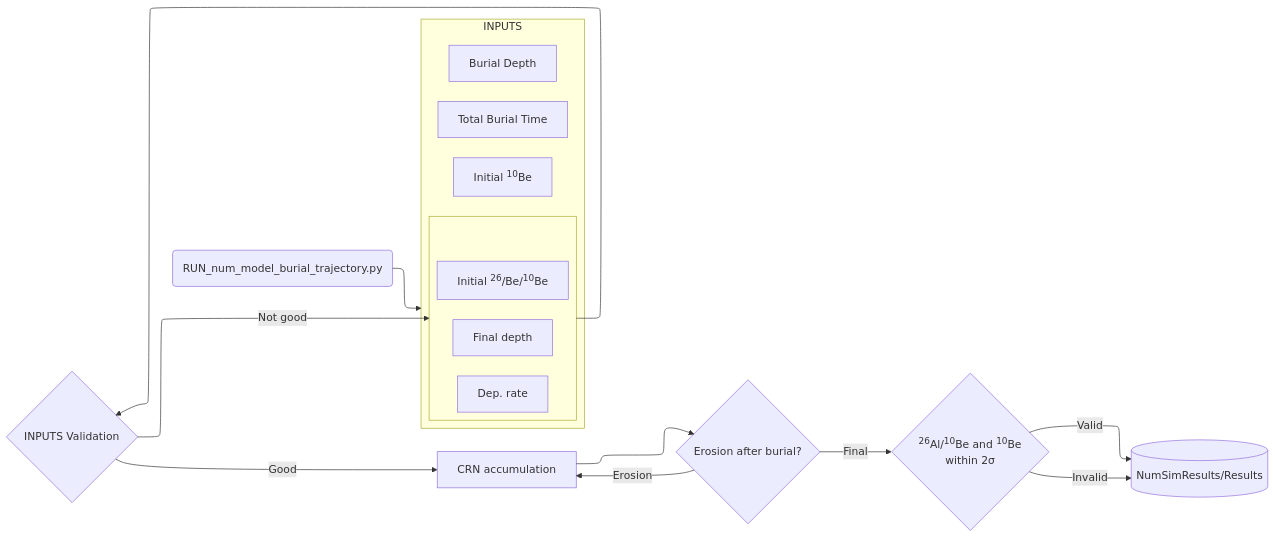
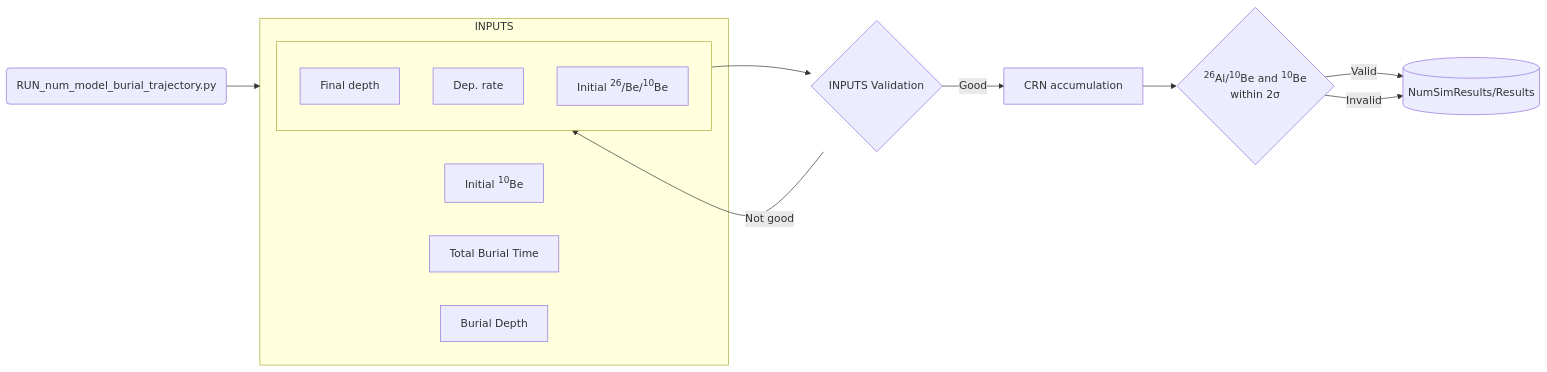
One commit to thepedroland/Numerical_Burial_Age_Model_PO_26 changed the diagram in README.md. Above: the diagram before and after it, drawn with Mermaid. The commit also changed 1 other file, not shown here.

````diff
--- a/README.md
+++ b/README.md
@@ -22,40 +22,31 @@
 ```mermaid
----
-config:
-  layout: elk
----
 flowchart LR
     RUN(RUN_num_model_burial_trajectory.py) --> INPUTS
     subgraph INPUTS [INPUTS]
         A[Initial <sup>10</sup>Be]
         TB[Total Burial Time]
         BD[Burial Depth]
 
         subgraph PARAMS [ ]
             FD[Final depth]
             DR[Dep. rate]
             R[Initial <sup>26</sup>/Be/<sup>10</sup>Be]
 
         end
     end
 
     PARAMS --> V{INPUTS Validation}
 
     V -->|Good| B
     V -->|Not good| PARAMS
 
-    B[CRN accumulation]
-    
-    B --> F{Erosion after burial?}
-    
-    F -->|Erosion| B
-    F -->|Final| E
+    B[CRN accumulation] --> E
     
     E{<sup>26</sup>Al/<sup>10</sup>Be and <sup>10</sup>Be \n within 2σ}
     
     E -->|Valid| STORE
     E -->|Invalid| STORE
     
     STORE[(NumSimResults/Results)]
         
 ```
````
